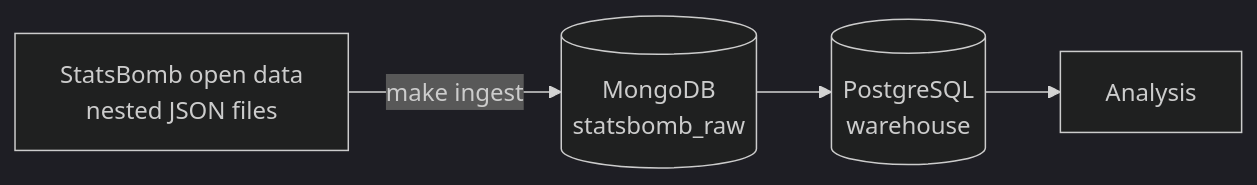
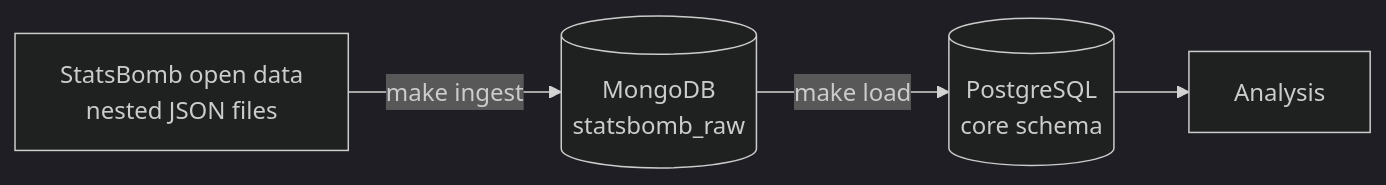
One commit to alinavabz/football-analytics changed the diagram in README.md. Above: the diagram before and after it, drawn with Mermaid (dark theme). The commit also changed other lines of this file and 11 other files, not shown here.

````diff
--- a/README.md
+++ b/README.md
@@ -7,6 +7,6 @@
 ```mermaid
 flowchart LR
     SB[StatsBomb open data<br/>nested JSON files] -->|make ingest| M[(MongoDB<br/>statsbomb_raw)]
-    M --> P[(PostgreSQL<br/>warehouse)]
+    M -->|make load| P[(PostgreSQL<br/>core schema)]
     P --> A[Analysis]
 ```
````
